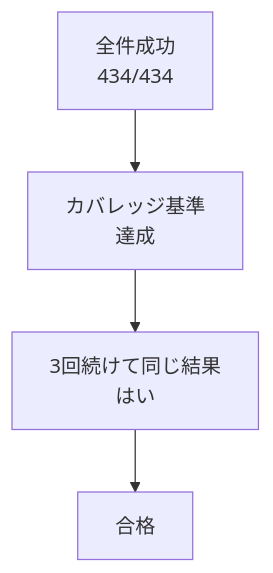
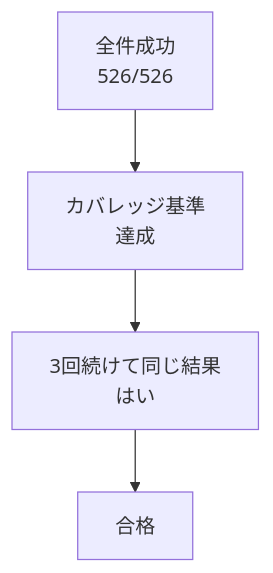
The third of 3 diagrams in documents/モジュールテスト結果報告書_RPG学習アプリ.md (pocarialice/rpglearning), drawn with Mermaid before and after one commit. The commit also changed other lines of this file and 1 other file, not shown here.

````diff
--- a/documents/モジュールテスト結果報告書_RPG学習アプリ.md
+++ b/documents/モジュールテスト結果報告書_RPG学習アプリ.md
@@ -999,6 +1220,6 @@
 ```mermaid
 flowchart TD
-  A["全件成功<br>434/434"] --> B["カバレッジ基準<br>達成"]
+  A["全件成功<br>526/526"] --> B["カバレッジ基準<br>達成"]
   B --> C["3回続けて同じ結果<br>はい"]
   C --> D["合格"]
 ```
````
